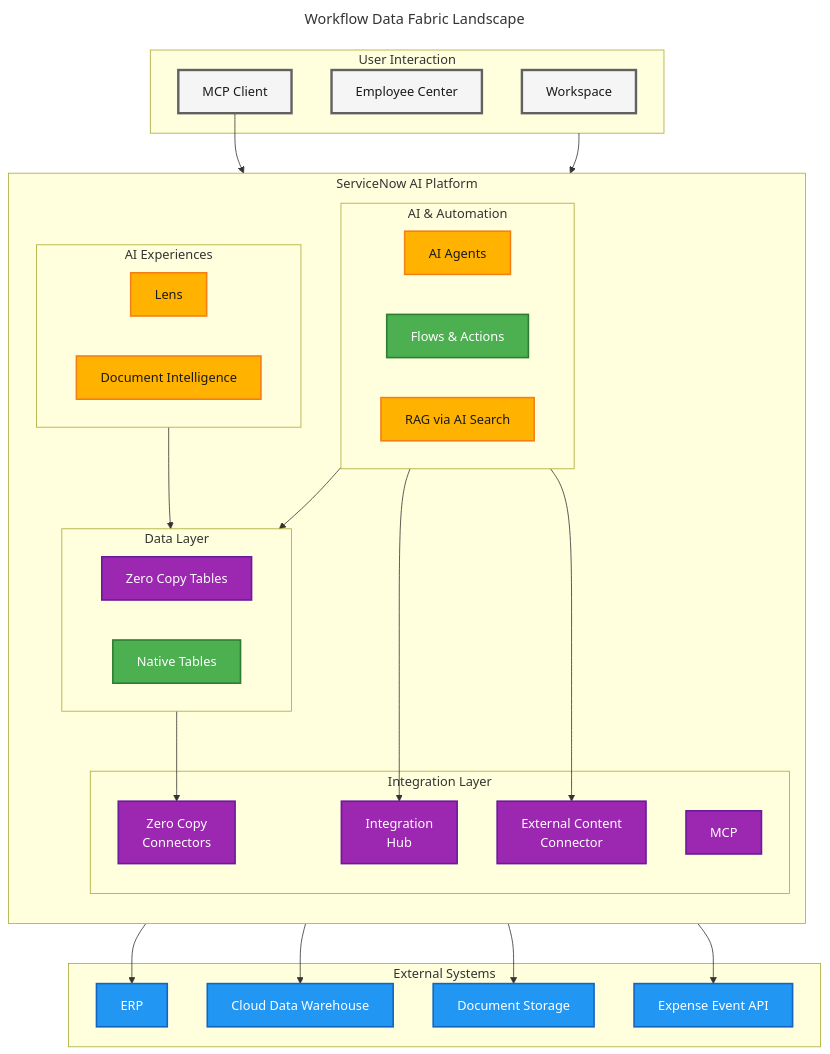
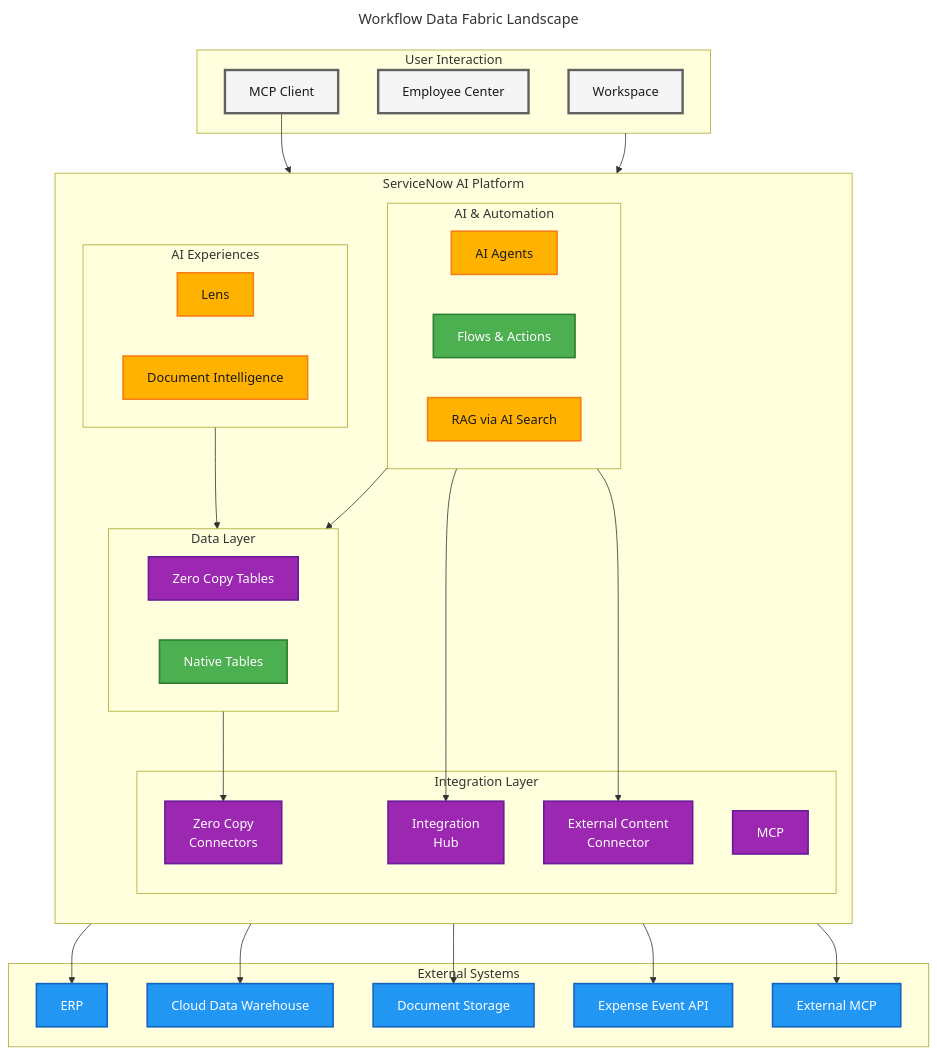
The fourth of 4 diagrams in data-and-flow-diagrams.md (leojacinto/WorkflowDataFabric-TypeA), drawn with Mermaid before and after one commit. The commit also changed other lines of this file, not shown here.

Commit message:
GITBOOK-125: No subject

````diff
--- a/data-and-flow-diagrams.md
+++ b/data-and-flow-diagrams.md
@@ -165,69 +165,71 @@
 ```mermaid fullWidth="true"
 ---
 title: Workflow Data Fabric Landscape
 ---
 graph TB
     subgraph USER["User Interaction"]
         WC["Workspace"]
         EC["Employee Center"]
         MCP_C["MCP Client"]
     end
 
     subgraph SNOW["ServiceNow AI Platform"]
         direction TB
         subgraph AI["AI & Automation"]
             AGENTS["AI Agents"]
             FLOWS["Flows & Actions"]
             RAG["RAG via AI Search"]
         end
         subgraph INT["Integration Layer"]
             ZCC["Zero Copy<br/>Connectors"]
             INTHUB["Integration<br/>Hub"]
             XCC["External Content<br/>Connector"]
             MCP_S["MCP"]
         end
         subgraph DATA["Data Layer"]
             ZCT["Zero Copy Tables"]
             NT["Native Tables"]
         end
         subgraph AX["AI Experiences"]
             LENS["Lens"]
             DOCINT["Document Intelligence"]
         end
     end
 
     subgraph EXT["External Systems"]
         ERP["ERP"]
         CDW["Cloud Data Warehouse"]
         DOC["Document Storage"]
         API["Expense Event API"]
+        EXT_MCP["External MCP"]
     end
 
     USER --> AI
     MCP_C --> MCP_S
     AI --> DATA
     AX --> DATA
     DATA --> ZCC
     ZCC --> ERP
     ZCC --> CDW
     AI --> INTHUB
     INTHUB --> API
     AI --> XCC
     XCC --> DOC
+    MCP_S --> EXT_MCP
 
     %% Styling
     classDef external fill:#2196F3,stroke:#1565C0,stroke-width:2px,color:#fff
     classDef user fill:#F5F5F5,stroke:#616161,stroke-width:3px,color:#1a1a1a
     classDef nowassist fill:#FFB300,stroke:#F57F17,stroke-width:2px,color:#1a1a1a
     classDef platform fill:#4CAF50,stroke:#2E7D32,stroke-width:2px,color:#fff
     classDef wdf fill:#9C27B0,stroke:#6A1B9A,stroke-width:2px,color:#fff
 
-    class ERP,CDW,DOC,API external
+    class ERP,CDW,DOC,API,EXT_MCP external
     class ZCC,INTHUB,XCC,MCP_S wdf
     class ZCT wdf
     class NT platform
     class AGENTS,RAG nowassist
     class FLOWS platform
     class LENS,DOCINT nowassist
     class WC,EC,MCP_C user
 ```
````
